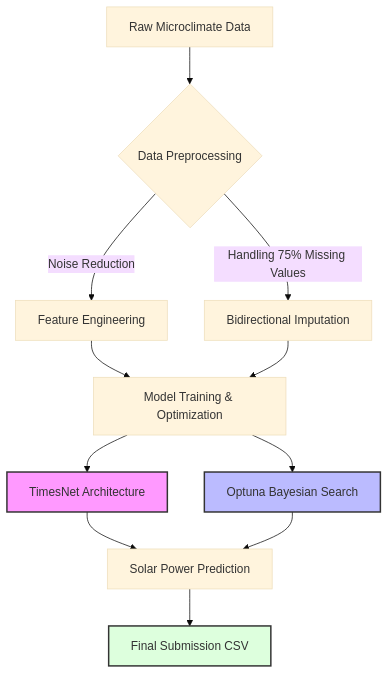
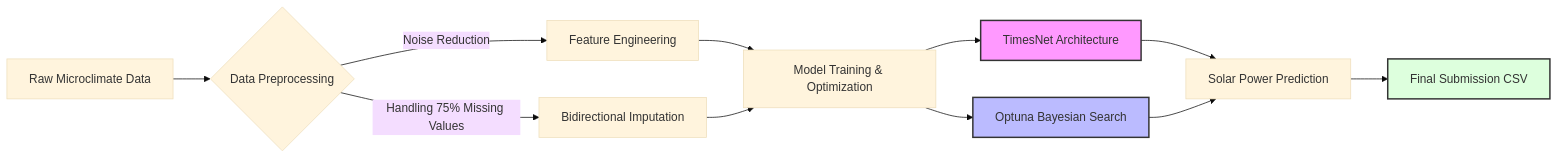
The diagram in README.md (schaof/AI-Cup-2024-Power-Prediction), drawn with Mermaid (base theme) before and after one commit.

````diff
--- a/README.md
+++ b/README.md
@@ -5,20 +5,20 @@
 ```mermaid
-graph TD
+graph LR
     A[Raw Microclimate Data] --> B{Data Preprocessing}
     B -->|Noise Reduction| C[Feature Engineering]
     B -->|Handling 75% Missing Values| D[Bidirectional Imputation]
     
     C --> E[Model Training & Optimization]
     D --> E
     
     E --> F[TimesNet Architecture]
     E --> G[Optuna Bayesian Search]
     
     F --> H[Solar Power Prediction]
     G --> H
     H --> I[Final Submission CSV]
 
     style F fill:#f9f,stroke:#333,stroke-width:2px
     style G fill:#bbf,stroke:#333,stroke-width:2px
     style I fill:#dfd,stroke:#333,stroke-width:2px
 ```
````
